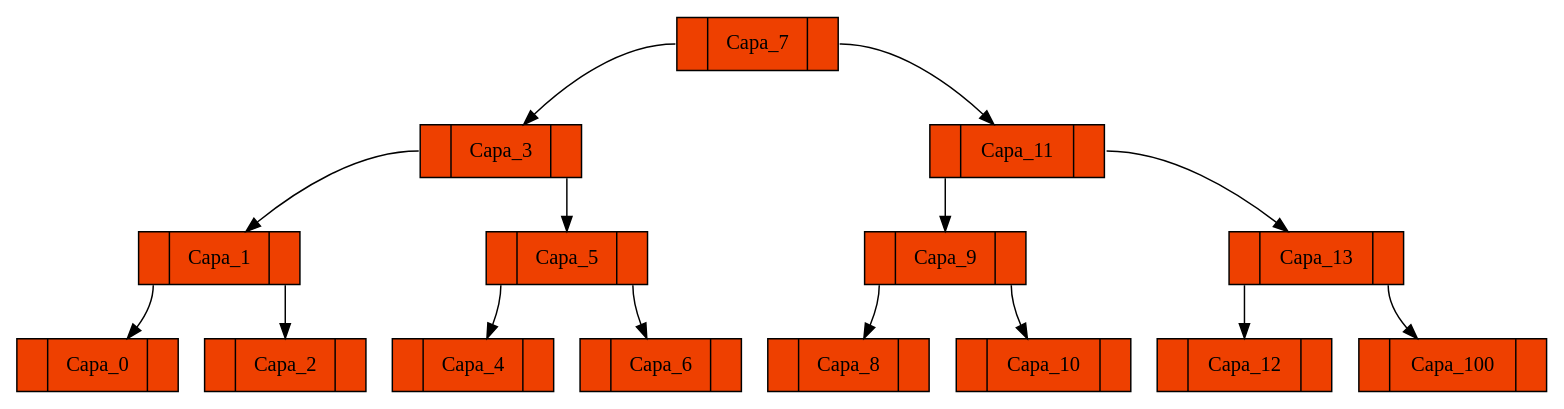
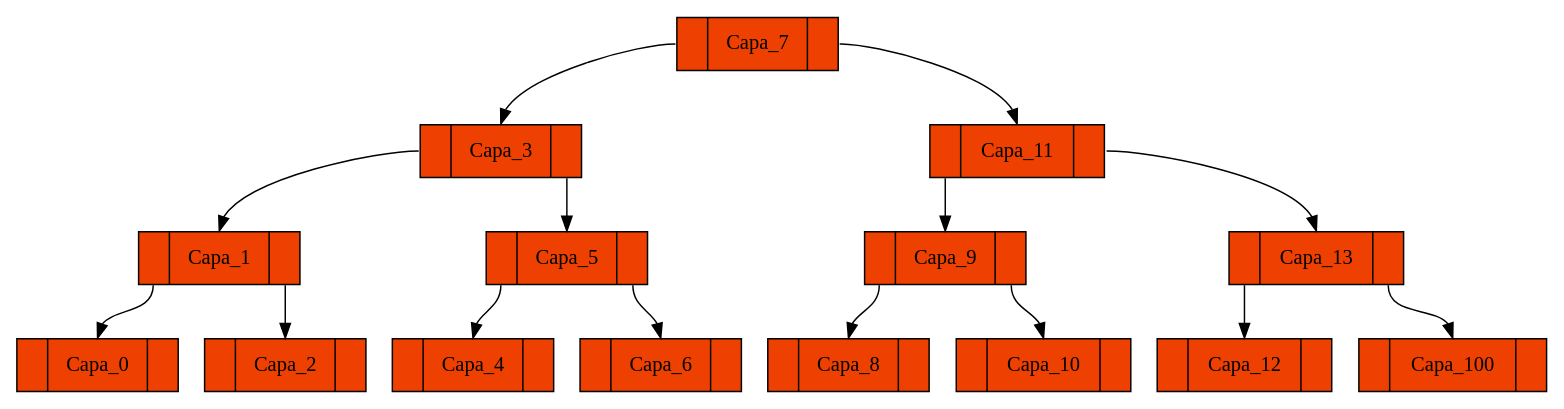
Before and after one commit to Cascarus/-EDD-Proyecto1_201603127: the diagram in [EDD]Proyecto1_201603127/ABB.dot, drawn with Graphviz. The commit also changed 97 other files, not shown here.

```diff
--- a/[EDD]Proyecto1_201603127/ABB.dot
+++ b/[EDD]Proyecto1_201603127/ABB.dot
@@ -1,47 +1,47 @@
 digraph g{
 	node [shape=record,width=.9,height=.5,style=filled,fillcolor=orangered2];
-	Node7:C0->Node3; 
-	Node7:C1->Node11; 
-	Node3:C0->Node1; 
-	Node3:C1->Node5; 
-	Node1:C0->Node0; 
-	Node1:C1->Node2; 
+	Node7:C0->Node3:C3; 
+	Node7:C1->Node11:C3; 
+	Node3:C0->Node1:C3; 
+	Node3:C1->Node5:C3; 
+	Node1:C0->Node0:C3; 
+	Node1:C1->Node2:C3; 
 
- 	Node0[label = "<C0>|Capa_0|<C1>"] 
+ 	Node0[label = "<C0>|<C3>Capa_0|<C1>"] 
 
- 	Node2[label = "<C0>|Capa_2|<C1>"] 
+ 	Node2[label = "<C0>|<C3>Capa_2|<C1>"] 
 
- 	Node1[label = "<C0>|Capa_1|<C1>"] 
-	Node5:C0->Node4; 
-	Node5:C1->Node6; 
+ 	Node1[label = "<C0>|<C3>Capa_1|<C1>"] 
+	Node5:C0->Node4:C3; 
+	Node5:C1->Node6:C3; 
 
- 	Node4[label = "<C0>|Capa_4|<C1>"] 
+ 	Node4[label = "<C0>|<C3>Capa_4|<C1>"] 
 
- 	Node6[label = "<C0>|Capa_6|<C1>"] 
+ 	Node6[label = "<C0>|<C3>Capa_6|<C1>"] 
 
- 	Node5[label = "<C0>|Capa_5|<C1>"] 
+ 	Node5[label = "<C0>|<C3>Capa_5|<C1>"] 
 
- 	Node3[label = "<C0>|Capa_3|<C1>"] 
-	Node11:C0->Node9; 
-	Node11:C1->Node13; 
-	Node9:C0->Node8; 
-	Node9:C1->Node10; 
+ 	Node3[label = "<C0>|<C3>Capa_3|<C1>"] 
+	Node11:C0->Node9:C3; 
+	Node11:C1->Node13:C3; 
+	Node9:C0->Node8:C3; 
+	Node9:C1->Node10:C3; 
 
- 	Node8[label = "<C0>|Capa_8|<C1>"] 
+ 	Node8[label = "<C0>|<C3>Capa_8|<C1>"] 
 
- 	Node10[label = "<C0>|Capa_10|<C1>"] 
+ 	Node10[label = "<C0>|<C3>Capa_10|<C1>"] 
 
- 	Node9[label = "<C0>|Capa_9|<C1>"] 
-	Node13:C0->Node12; 
-	Node13:C1->Node100; 
+ 	Node9[label = "<C0>|<C3>Capa_9|<C1>"] 
+	Node13:C0->Node12:C3; 
+	Node13:C1->Node100:C3; 
 
- 	Node12[label = "<C0>|Capa_12|<C1>"] 
+ 	Node12[label = "<C0>|<C3>Capa_12|<C1>"] 
 
- 	Node100[label = "<C0>|Capa_100|<C1>"] 
+ 	Node100[label = "<C0>|<C3>Capa_100|<C1>"] 
 
- 	Node13[label = "<C0>|Capa_13|<C1>"] 
+ 	Node13[label = "<C0>|<C3>Capa_13|<C1>"] 
 
- 	Node11[label = "<C0>|Capa_11|<C1>"] 
+ 	Node11[label = "<C0>|<C3>Capa_11|<C1>"] 
 
- 	Node7[label = "<C0>|Capa_7|<C1>"] 
+ 	Node7[label = "<C0>|<C3>Capa_7|<C1>"] 
 }
```
